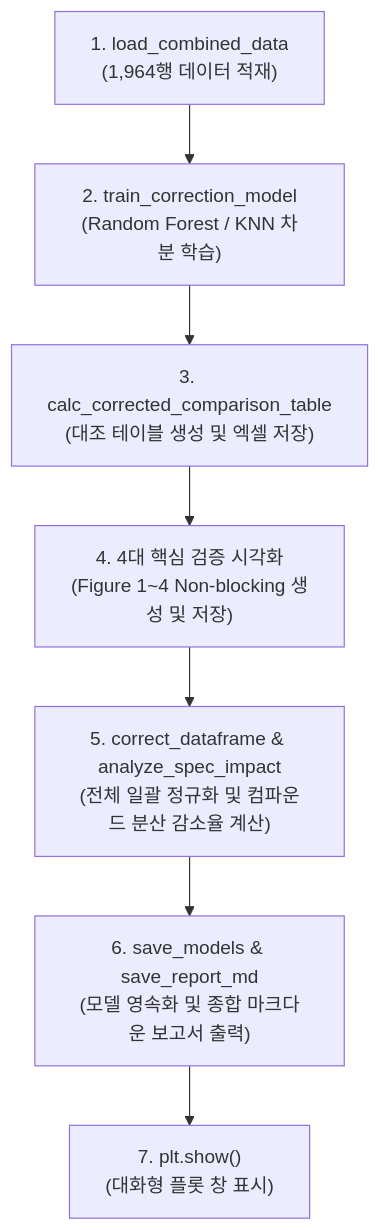
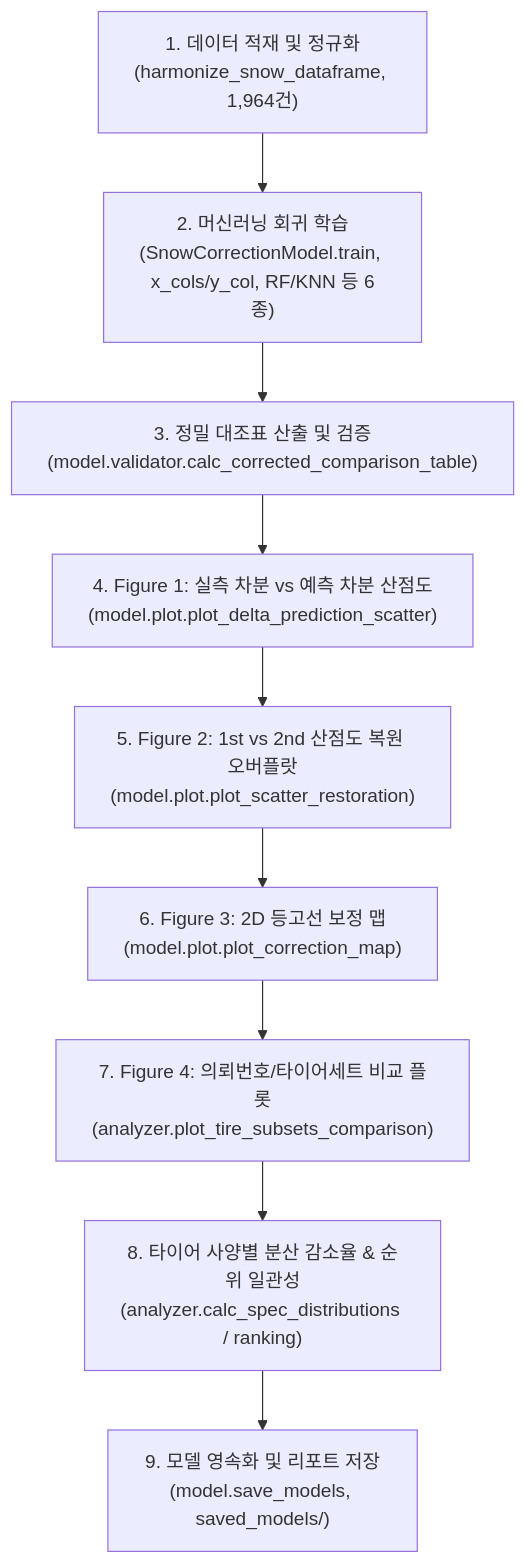
One commit to uunnooo/00_obsidian changed the diagram in 02_Projects/회사_업무/30_Snow_기반기술/20_2026_Snow_Surface_Characteristics/c_run_snow_correction_pipeline.md. Above: the diagram before and after it, drawn with Mermaid. The commit also changed other lines of this file and 28 other files, not shown here.

````diff
--- a/02_Projects/회사_업무/30_Snow_기반기술/20_2026_Snow_Surface_Characteristics/c_run_snow_correction_pipeline.md
+++ b/02_Projects/회사_업무/30_Snow_기반기술/20_2026_Snow_Surface_Characteristics/c_run_snow_correction_pipeline.md
@@ -28,9 +31,11 @@
 ```mermaid
 flowchart TD
-    A["1. load_combined_data<br/>(1,964행 데이터 적재)"] --> B["2. train_correction_model<br/>(Random Forest / KNN 차분 학습)"]
-    B --> C["3. calc_corrected_comparison_table<br/>(대조 테이블 생성 및 엑셀 저장)"]
-    C --> D["4. 4대 핵심 검증 시각화<br/>(Figure 1~4 Non-blocking 생성 및 저장)"]
-    D --> E["5. correct_dataframe & analyze_spec_impact<br/>(전체 일괄 정규화 및 컴파운드 분산 감소율 계산)"]
-    E --> F["6. save_models & save_report_md<br/>(모델 영속화 및 종합 마크다운 보고서 출력)"]
-    F --> G["7. plt.show()<br/>(대화형 플롯 창 표시)"]
+    A["1. 데이터 적재 및 정규화<br/>(harmonize_snow_dataframe, 1,964건)"] --> B["2. 머신러닝 회귀 학습<br/>(SnowCorrectionModel.train, x_cols/y_col, RF/KNN 등 6종)"]
+    B --> C["3. 정밀 대조표 산출 및 검증<br/>(model.validator.calc_corrected_comparison_table)"]
+    C --> D["4. Figure 1: 실측 차분 vs 예측 차분 산점도<br/>(model.plot.plot_delta_prediction_scatter)"]
+    D --> E["5. Figure 2: 1st vs 2nd 산점도 복원 오버플랏<br/>(model.plot.plot_scatter_restoration)"]
+    E --> F["6. Figure 3: 2D 등고선 보정 맵<br/>(model.plot.plot_correction_map)"]
+    F --> G["7. Figure 4: 의뢰번호/타이어세트 비교 플롯<br/>(analyzer.plot_tire_subsets_comparison)"]
+    G --> H["8. 타이어 사양별 분산 감소율 & 순위 일관성<br/>(analyzer.calc_spec_distributions / ranking)"]
+    H --> I["9. 모델 영속화 및 리포트 저장<br/>(model.save_models, saved_models/)"]
 ```
````
